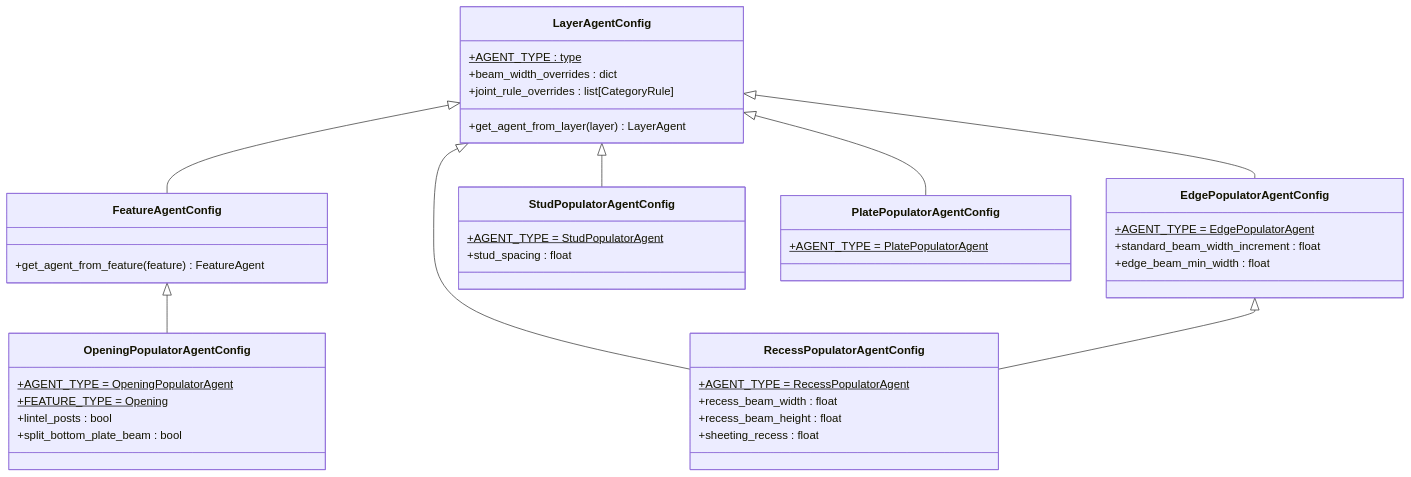
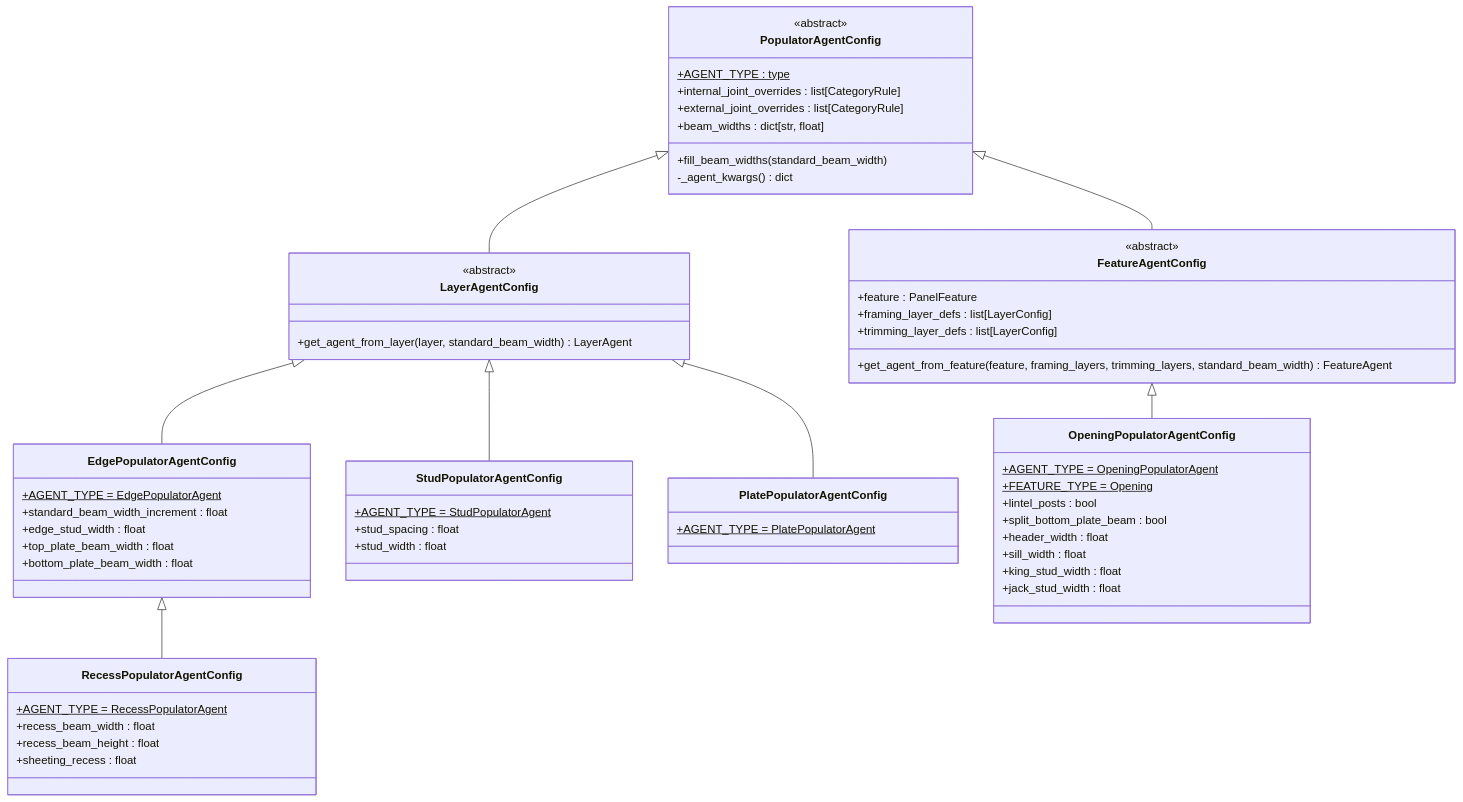
The fifth of 7 diagrams in docs/contribution/class_diagrams.md (gramaziokohler/timber_design), drawn with Mermaid before and after one commit. The commit also changed other lines of this file and 25 other files, not shown here.

````diff
--- a/docs/contribution/class_diagrams.md
+++ b/docs/contribution/class_diagrams.md
@@ -315,52 +365,70 @@
 ```mermaid
 classDiagram
 
+    class PopulatorAgentConfig {
+        <<abstract>>
+        +AGENT_TYPE : type$
+        +internal_joint_overrides : list[CategoryRule]
+        +external_joint_overrides : list[CategoryRule]
+        +beam_widths : dict[str, float]
+        +fill_beam_widths(standard_beam_width)
+        -_agent_kwargs() dict
+    }
+
     class LayerAgentConfig {
-        +AGENT_TYPE : type$
-        +beam_width_overrides : dict
-        +joint_rule_overrides : list[CategoryRule]
-        +get_agent_from_layer(layer) LayerAgent
+        <<abstract>>
+        +get_agent_from_layer(layer, standard_beam_width) LayerAgent
     }
 
     class FeatureAgentConfig {
-        +get_agent_from_feature(feature) FeatureAgent
+        <<abstract>>
+        +feature : PanelFeature
+        +framing_layer_defs : list[LayerConfig]
+        +trimming_layer_defs : list[LayerConfig]
+        +get_agent_from_feature(feature, framing_layers, trimming_layers, standard_beam_width) FeatureAgent
     }
 
     class EdgePopulatorAgentConfig {
         +AGENT_TYPE = EdgePopulatorAgent$
         +standard_beam_width_increment : float
-        +edge_beam_min_width : float
+        +edge_stud_width : float
+        +top_plate_beam_width : float
+        +bottom_plate_beam_width : float
     }
 
     class StudPopulatorAgentConfig {
         +AGENT_TYPE = StudPopulatorAgent$
         +stud_spacing : float
+        +stud_width : float
     }
 
     class PlatePopulatorAgentConfig {
         +AGENT_TYPE = PlatePopulatorAgent$
     }
 
     class OpeningPopulatorAgentConfig {
         +AGENT_TYPE = OpeningPopulatorAgent$
         +FEATURE_TYPE = Opening$
         +lintel_posts : bool
         +split_bottom_plate_beam : bool
+        +header_width : float
+        +sill_width : float
+        +king_stud_width : float
+        +jack_stud_width : float
     }
 
     class RecessPopulatorAgentConfig {
         +AGENT_TYPE = RecessPopulatorAgent$
         +recess_beam_width : float
         +recess_beam_height : float
         +sheeting_recess : float
     }
 
-    LayerAgentConfig <|-- FeatureAgentConfig
+    PopulatorAgentConfig <|-- LayerAgentConfig
+    PopulatorAgentConfig <|-- FeatureAgentConfig
     LayerAgentConfig <|-- EdgePopulatorAgentConfig
     LayerAgentConfig <|-- StudPopulatorAgentConfig
     LayerAgentConfig <|-- PlatePopulatorAgentConfig
-    LayerAgentConfig <|-- RecessPopulatorAgentConfig
+    EdgePopulatorAgentConfig <|-- RecessPopulatorAgentConfig
     FeatureAgentConfig <|-- OpeningPopulatorAgentConfig
-
-    EdgePopulatorAgentConfig <|-- RecessPopulatorAgentConfig
 ```
````
